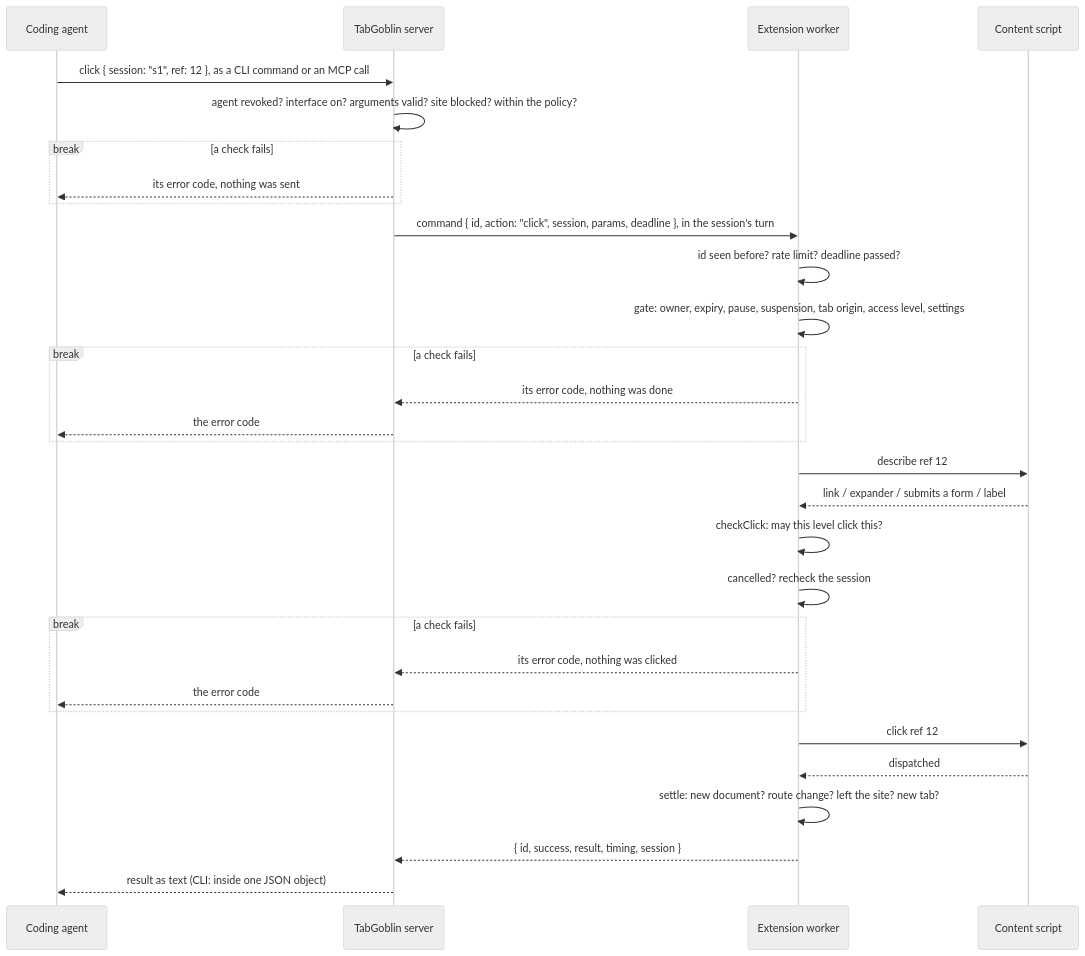
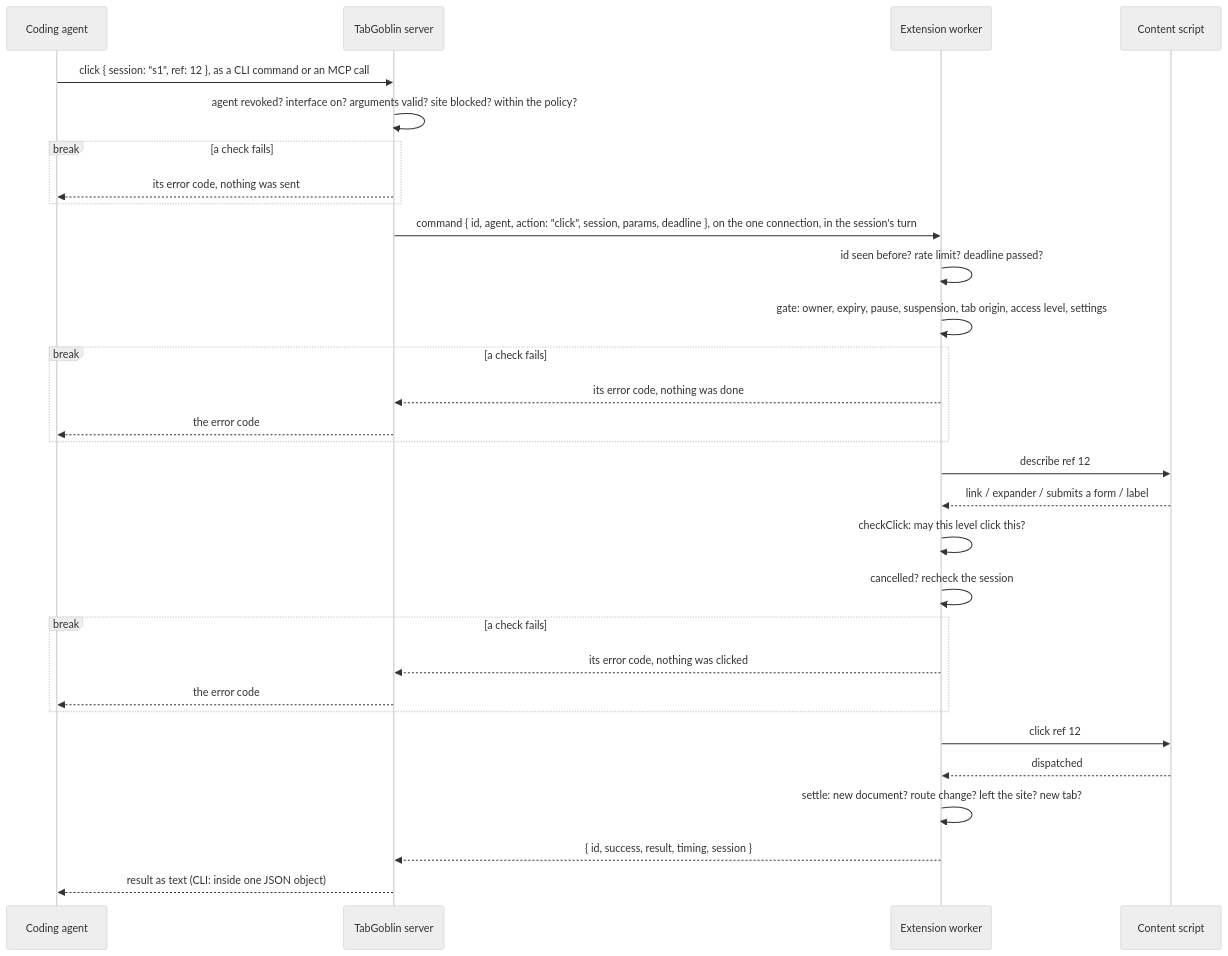
Before and after one commit to LaughingManCommits/TabGoblin: the fourth of 8 diagrams in docs/architecture.md, drawn with Mermaid (neutral theme). The commit also changed 10 other files, not shown here.

````diff
--- a/docs/architecture.md
+++ b/docs/architecture.md
@@ -300,32 +300,32 @@
 ```mermaid
 sequenceDiagram
   participant A as Coding agent
   participant S as TabGoblin server
   participant B as Extension worker
   participant P as Content script
   A->>S: click { session: "s1", ref: 12 }, as a CLI command or an MCP call
   S->>S: agent revoked? interface on? arguments valid? site blocked? within the policy?
   break a check fails
     S-->>A: its error code, nothing was sent
   end
-  S->>B: command { id, action: "click", session, params, deadline }, in the session's turn
+  S->>B: command { id, agent, action: "click", session, params, deadline }, on the one connection, in the session's turn
   B->>B: id seen before? rate limit? deadline passed?
   B->>B: gate: owner, expiry, pause, suspension, tab origin, access level, settings
   break a check fails
     B-->>S: its error code, nothing was done
     S-->>A: the error code
   end
   B->>P: describe ref 12
   P-->>B: link / expander / submits a form / label
   B->>B: checkClick: may this level click this?
   B->>B: cancelled? recheck the session
   break a check fails
     B-->>S: its error code, nothing was clicked
     S-->>A: the error code
   end
   B->>P: click ref 12
   P-->>B: dispatched
   B->>B: settle: new document? route change? left the site? new tab?
   B-->>S: { id, success, result, timing, session }
   S-->>A: result as text (CLI: inside one JSON object)
 ```
````
